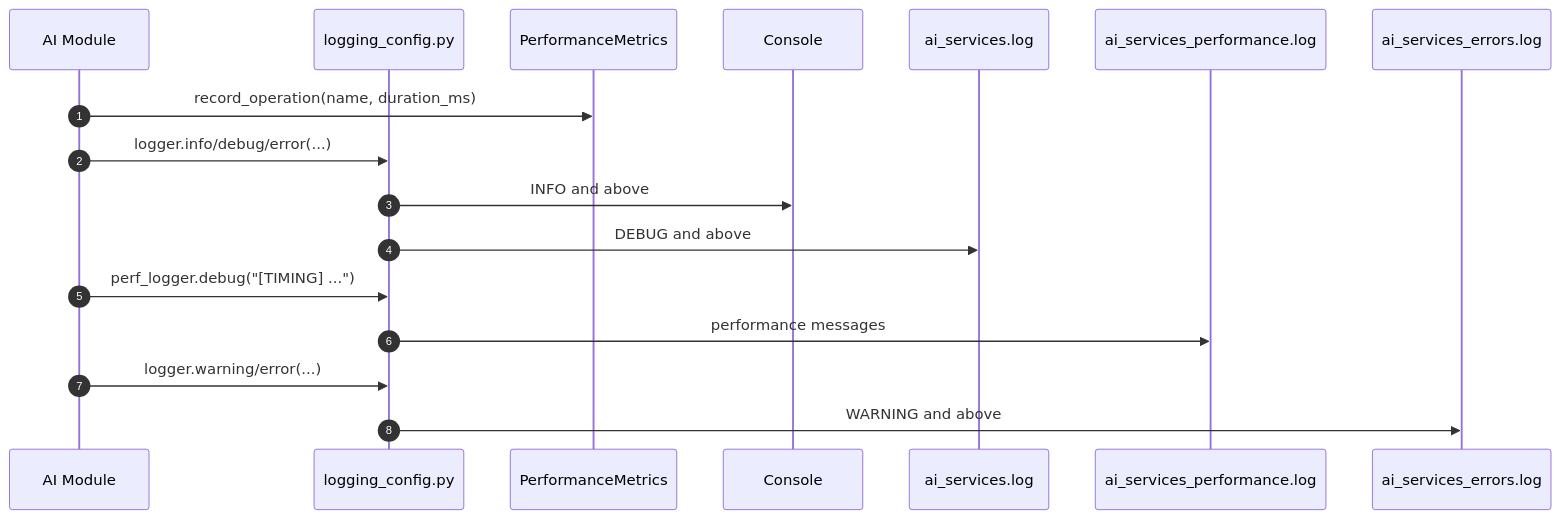
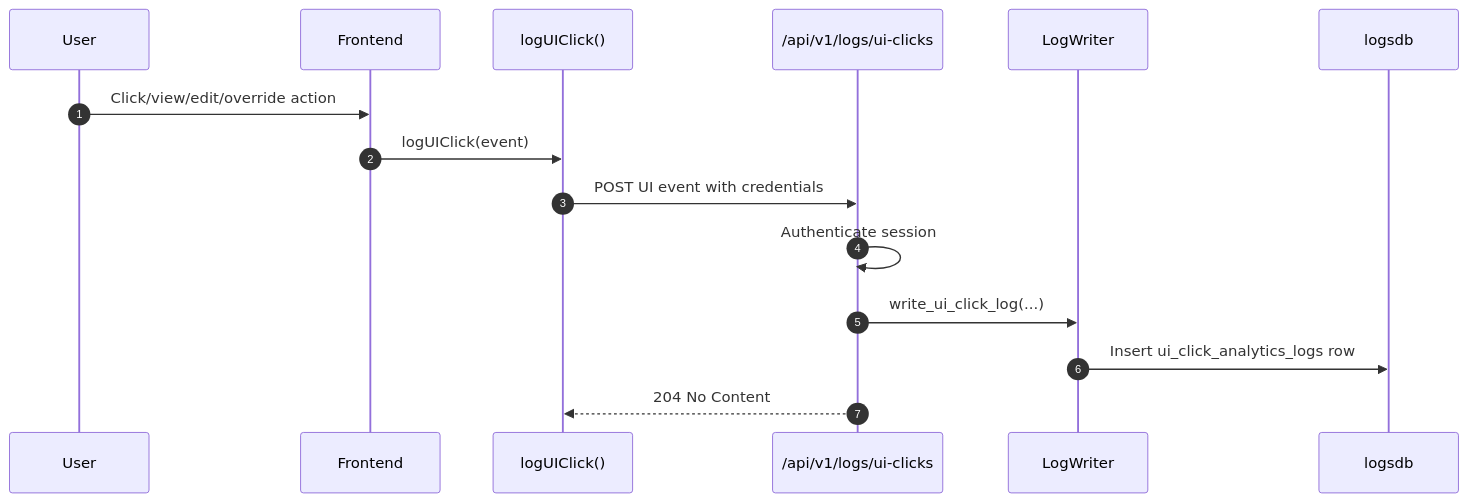
One commit to Plymouth-University/comp2003-2025-2026-team-3 changed the fifth of 7 diagrams in docs/services/logging-system/flows.md. Above: the diagram before and after it, drawn with Mermaid. The commit also changed other lines of this file and 5 other files, not shown here.

````diff
--- a/docs/services/logging-system/flows.md
+++ b/docs/services/logging-system/flows.md
@@ -66,20 +245,18 @@
 ```mermaid
 sequenceDiagram
   autonumber
-  participant Module as AI Module
-  participant Config as logging_config.py
-  participant Metrics as PerformanceMetrics
-  participant Console
-  participant MainFile as ai_services.log
-  participant PerfFile as ai_services_performance.log
-  participant ErrorFile as ai_services_errors.log
+  participant User
+  participant FE as Frontend
+  participant Helper as logUIClick()
+  participant API as /api/v1/logs/ui-clicks
+  participant LW as LogWriter
+  participant DB as logsdb
 
-  Module->>Metrics: record_operation(name, duration_ms)
-  Module->>Config: logger.info/debug/error(...)
-  Config->>Console: INFO and above
-  Config->>MainFile: DEBUG and above
-  Module->>Config: perf_logger.debug("[TIMING] ...")
-  Config->>PerfFile: performance messages
-  Module->>Config: logger.warning/error(...)
-  Config->>ErrorFile: WARNING and above
+  User->>FE: Click/view/edit/override action
+  FE->>Helper: logUIClick(event)
+  Helper->>API: POST UI event with credentials
+  API->>API: Authenticate session
+  API->>LW: write_ui_click_log(...)
+  LW->>DB: Insert ui_click_analytics_logs row
+  API-->>Helper: 204 No Content
 ```
````
